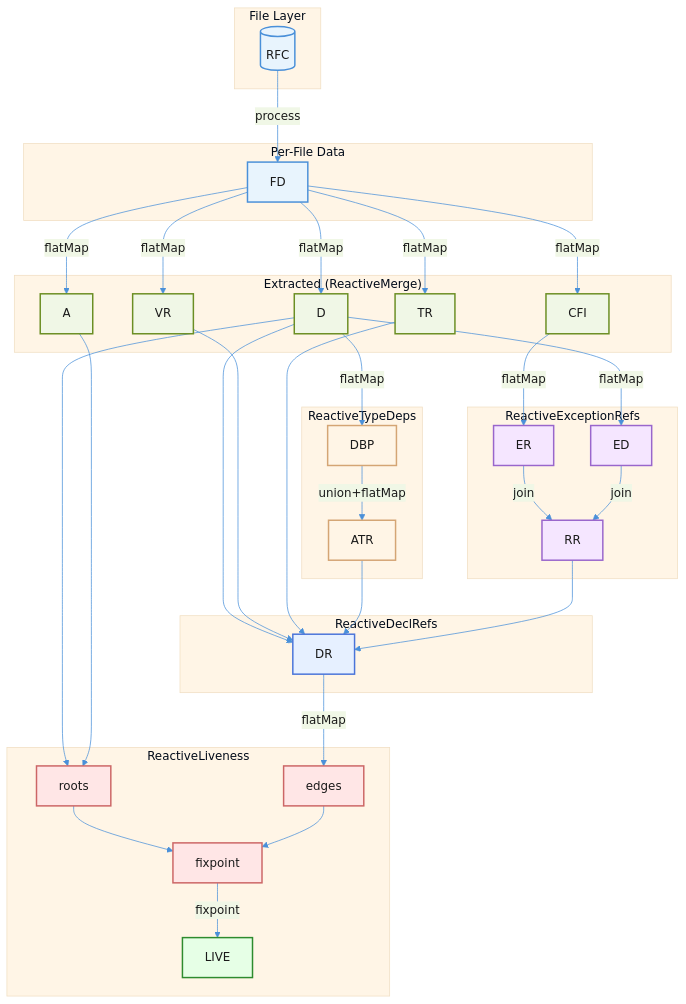
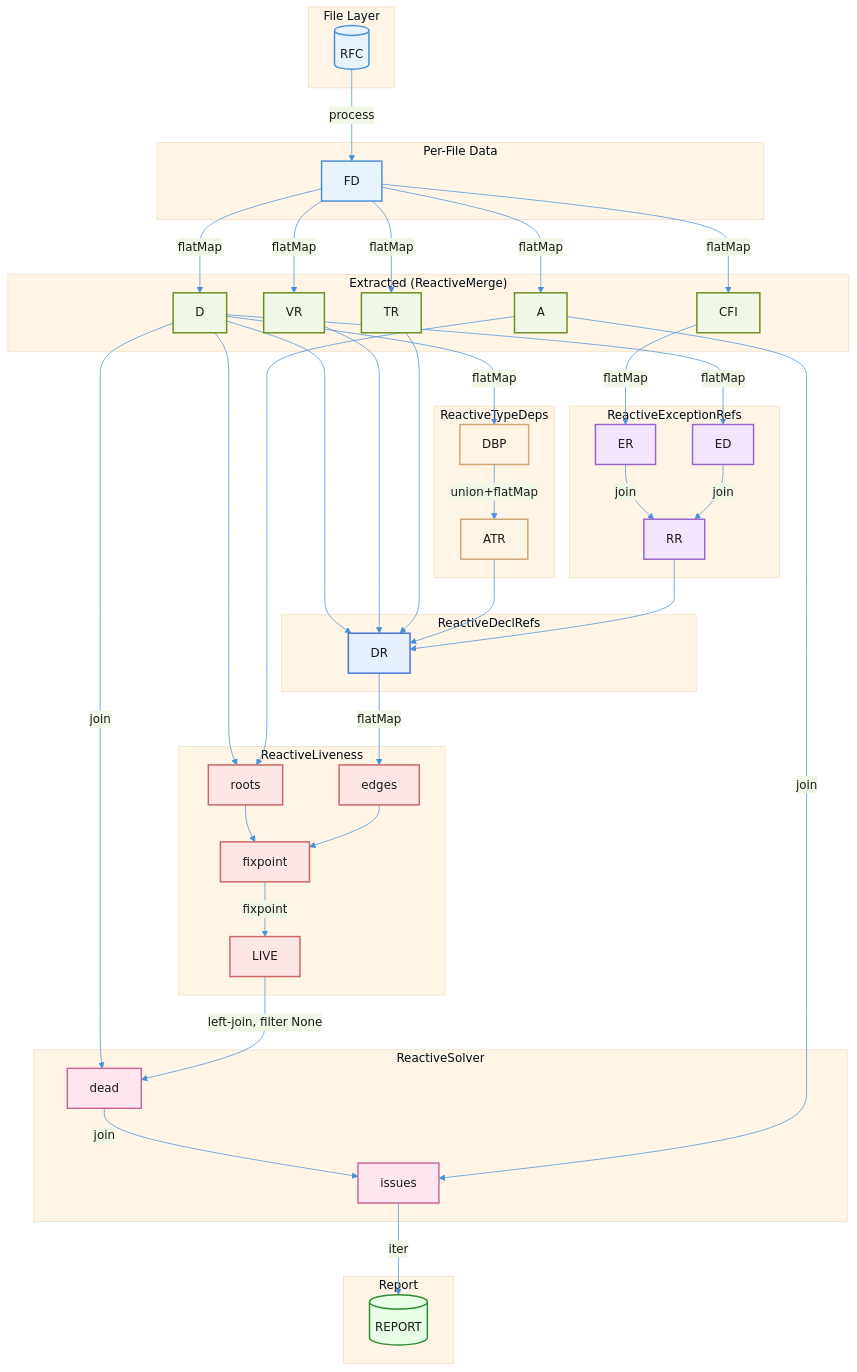
One commit to rescript-lang/rescript changed the diagram in analysis/reanalyze/diagrams/reactive-pipeline.mmd. Above: the diagram before and after it, drawn with Mermaid. The commit also changed 8 other files, not shown here.

First line of the commit message:
Update ReactiveSolver TODO with accurate status and missing issues

```diff
--- a/analysis/reanalyze/diagrams/reactive-pipeline.mmd
+++ b/analysis/reanalyze/diagrams/reactive-pipeline.mmd
@@ -1,84 +1,102 @@
 %%{init: {'theme': 'base', 'themeVariables': { 'primaryColor': '#e8f4fd', 'primaryTextColor': '#1a1a1a', 'primaryBorderColor': '#4a90d9', 'lineColor': '#4a90d9', 'secondaryColor': '#f0f7e6', 'tertiaryColor': '#fff5e6'}}}%%
 flowchart TB
     subgraph FileLayer["File Layer"]
         RFC[("RFC")]
     end
 
     subgraph FileData["Per-File Data"]
         FD["FD"]
     end
 
     subgraph Extracted["Extracted (ReactiveMerge)"]
         DECLS["D"]
         ANNOT["A"]
         VREFS["VR"]
         TREFS["TR"]
         CFI["CFI"]
     end
 
     subgraph TypeDeps["ReactiveTypeDeps"]
         DBP["DBP"]
         ATR["ATR"]
     end
 
     subgraph ExcDeps["ReactiveExceptionRefs"]
         EXCREF["ER"]
         EXCDECL["ED"]
         RESOLVED["RR"]
     end
 
     subgraph DeclRefs["ReactiveDeclRefs"]
         DR["DR"]
     end
 
     subgraph Liveness["ReactiveLiveness"]
         ROOTS["roots"]
         EDGES["edges"]
         FP["fixpoint"]
         LIVE["LIVE"]
     end
 
+    subgraph Solver["ReactiveSolver"]
+        DEAD["dead"]
+        ISSUES["issues"]
+    end
+
+    subgraph Report["Report"]
+        OUTPUT[("REPORT")]
+    end
+
     RFC -->|"process"| FD
     FD -->|"flatMap"| DECLS
     FD -->|"flatMap"| ANNOT
     FD -->|"flatMap"| VREFS
     FD -->|"flatMap"| TREFS
     FD -->|"flatMap"| CFI
 
     DECLS -->|"flatMap"| DBP
     DBP -->|"union+flatMap"| ATR
 
     CFI -->|"flatMap"| EXCREF
     DECLS -->|"flatMap"| EXCDECL
     EXCREF -->|"join"| RESOLVED
     EXCDECL -->|"join"| RESOLVED
 
     DECLS --> DR
     VREFS --> DR
     TREFS --> DR
     ATR --> DR
     RESOLVED --> DR
 
     DECLS --> ROOTS
     ANNOT --> ROOTS
 
     DR -->|"flatMap"| EDGES
     ROOTS --> FP
     EDGES --> FP
     FP -->|"fixpoint"| LIVE
 
+    DECLS -->|"join"| DEAD
+    LIVE -->|"left-join, filter None"| DEAD
+    DEAD -->|"join"| ISSUES
+    ANNOT -->|"join"| ISSUES
+
+    ISSUES -->|"iter"| OUTPUT
+
     classDef fileLayer fill:#e8f4fd,stroke:#4a90d9,stroke-width:2px
     classDef extracted fill:#f0f7e6,stroke:#6b8e23,stroke-width:2px
     classDef typeDeps fill:#fff5e6,stroke:#d4a574,stroke-width:2px
     classDef excDeps fill:#f5e6ff,stroke:#9966cc,stroke-width:2px
     classDef declRefs fill:#e6f0ff,stroke:#4a74d9,stroke-width:2px
     classDef liveness fill:#ffe6e6,stroke:#cc6666,stroke-width:2px
+    classDef solver fill:#ffe6f0,stroke:#cc6699,stroke-width:2px
     classDef output fill:#e6ffe6,stroke:#2e8b2e,stroke-width:2px
 
     class RFC,FD fileLayer
     class DECLS,ANNOT,VREFS,TREFS,CFI extracted
     class DBP,ATR typeDeps
     class EXCREF,EXCDECL,RESOLVED excDeps
     class DR declRefs
-    class ROOTS,EDGES,FP liveness
-    class LIVE output
+    class ROOTS,EDGES,FP,LIVE liveness
+    class DEAD,ISSUES solver
+    class OUTPUT output
```
